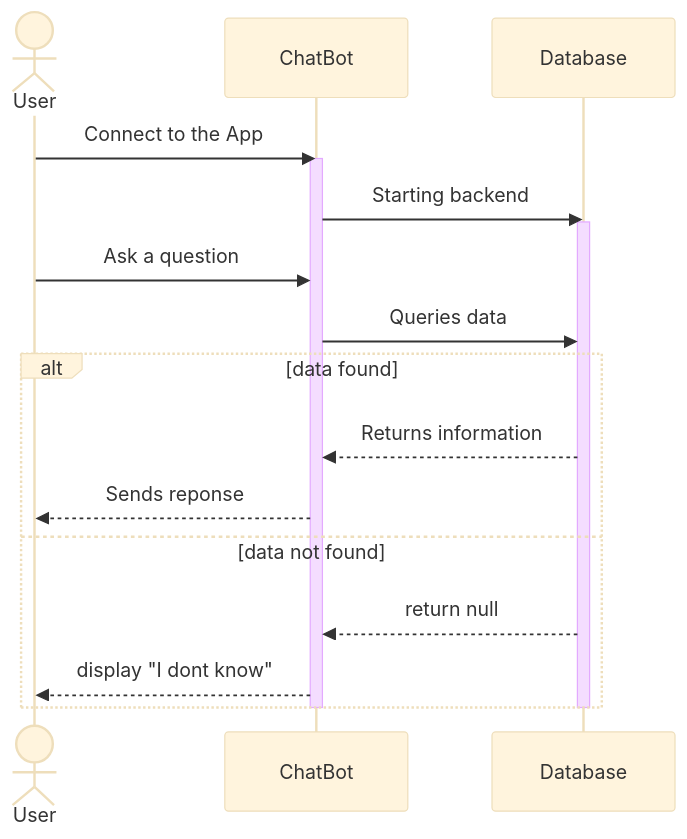
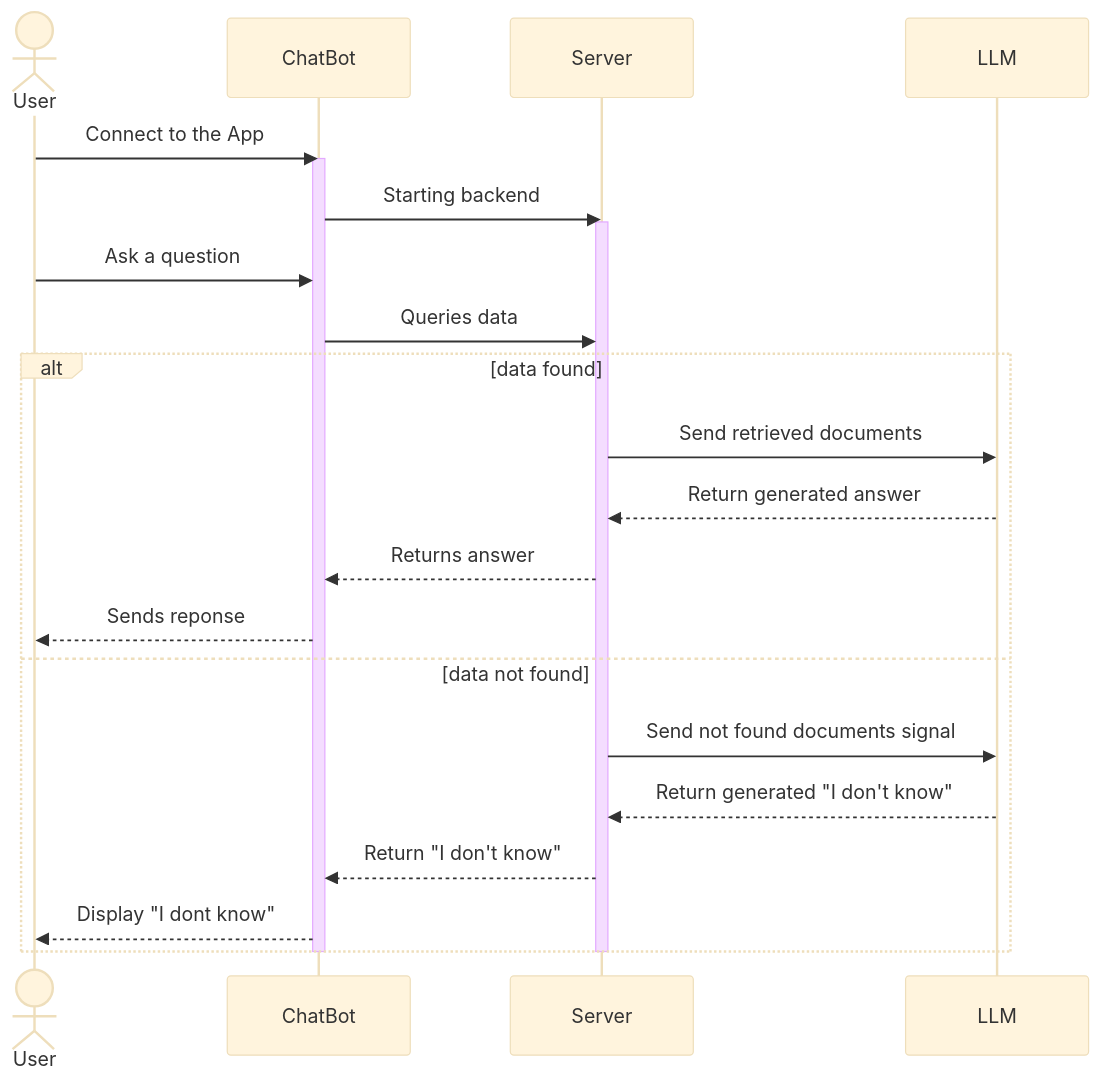
One commit to Capstone-Projects-2025-Spring/project-003-bioinformatics-chatbot changed the first of 5 diagrams in documentation/docs/requirements/use-case-descriptions.md. Above: the diagram before and after it, drawn with Mermaid (base theme). The commit also changed other lines of this file and 1 other file, not shown here.

First line of the commit message:
updated Sequence/ rewrite features

````diff
--- a/documentation/docs/requirements/use-case-descriptions.md
+++ b/documentation/docs/requirements/use-case-descriptions.md
@@ -26,24 +26,29 @@
 ```mermaid
 sequenceDiagram
     actor A as User
     participant B as ChatBot
-    participant C as Database
+    participant C as Server
+    participant D as LLM
     
     
     A->>B: Connect to the App
     
     activate B
     B->>C: Starting backend
     activate C
     A->>B: Ask a question
     B->>C: Queries data
     alt data found
-        C-->>B: Returns information
+        C->>D: Send retrieved documents
+        D-->>C: Return generated answer
+        C-->>B: Returns answer
         B-->>A: Sends reponse
     else data not found
-        C-->>B: return null
-        B-->>A: display "I dont know"
+        C->>D: Send not found documents signal
+        D-->>C: Return generated "I don't know"
+        C-->>B: Return "I don't know"
+        B-->>A: Display "I dont know"
     end    
     deactivate C
     deactivate B
 ```
````
